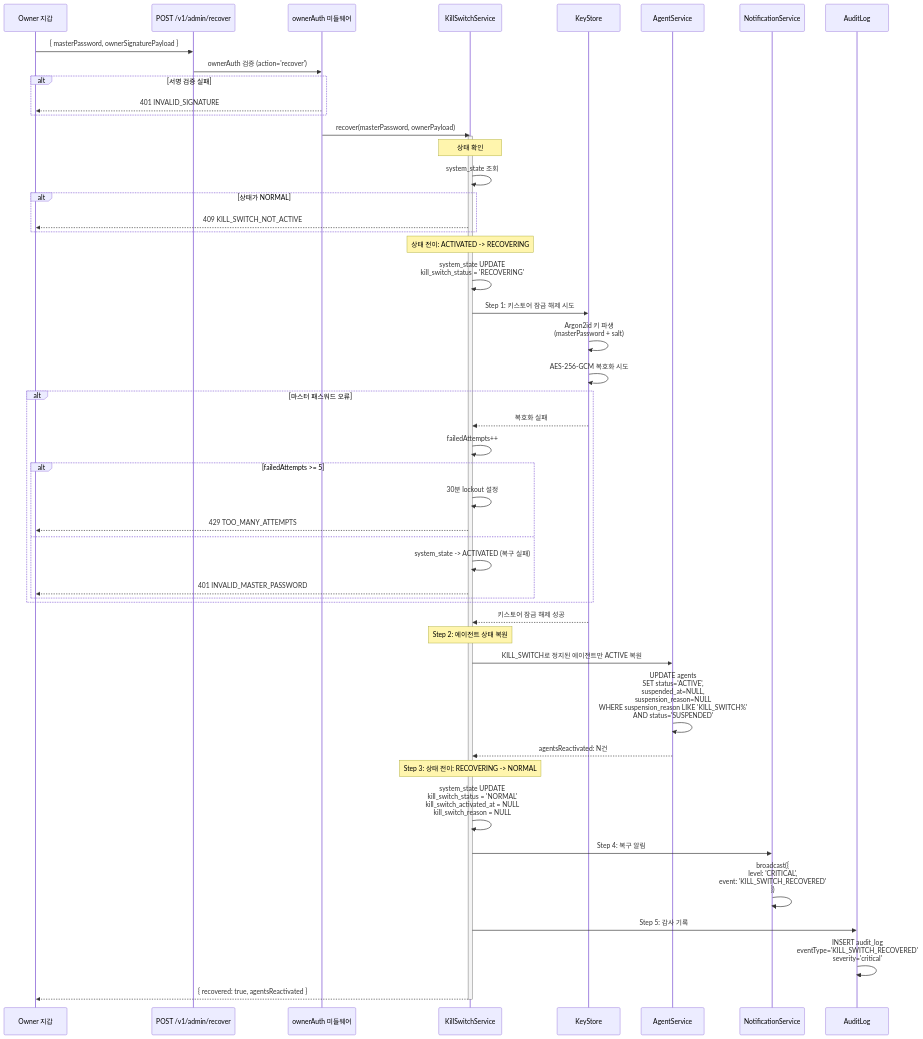
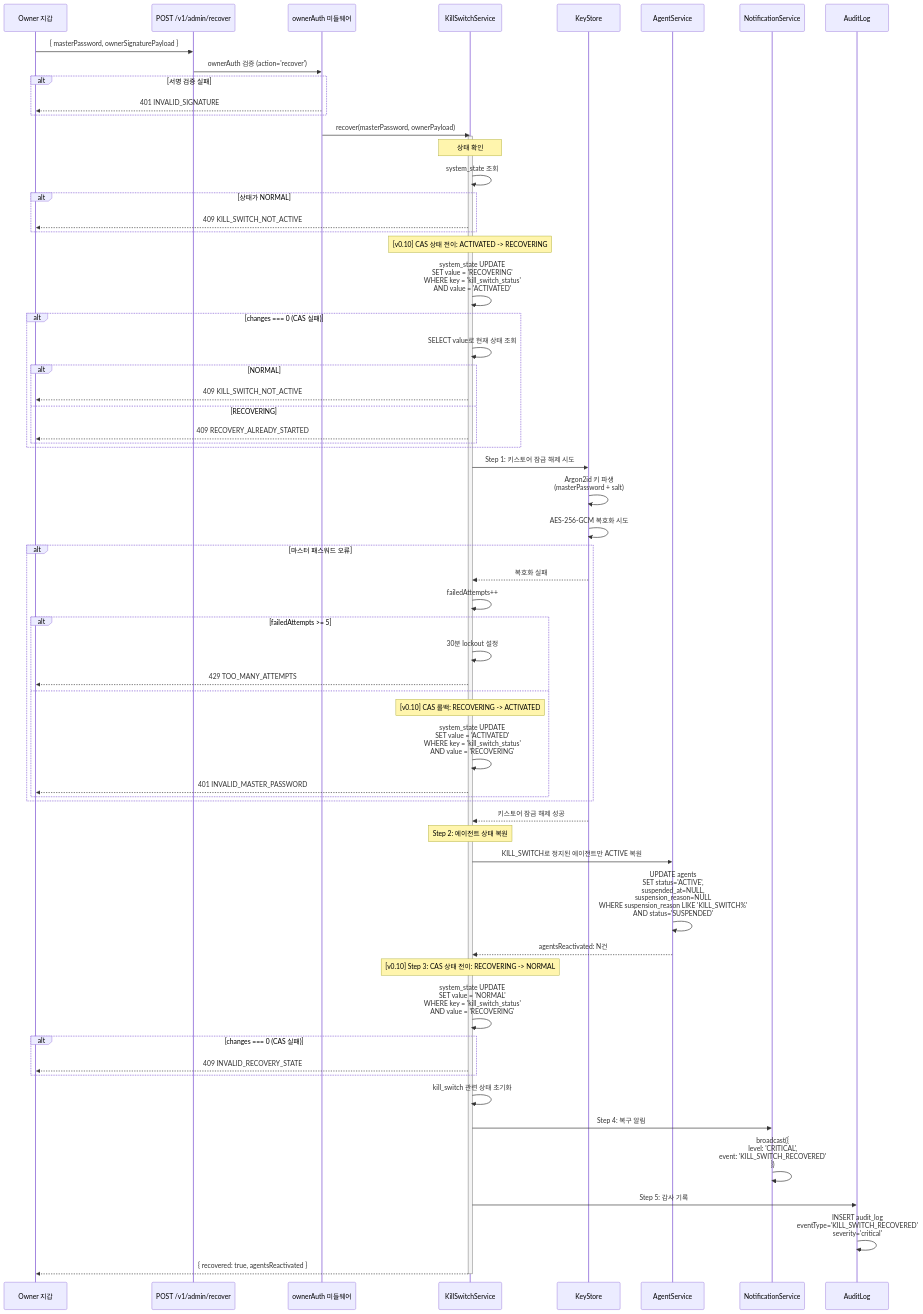
One commit to minhoyoo-iotrust/WAIaaS changed the third of 4 diagrams in .planning/deliverables/36-killswitch-autostop-evm.md. Above: the diagram before and after it, drawn with Mermaid. The commit also changed other lines of this file and 12 other files, not shown here.

````diff
--- a/.planning/deliverables/36-killswitch-autostop-evm.md
+++ b/.planning/deliverables/36-killswitch-autostop-evm.md
@@ -511,65 +581,78 @@
 ```mermaid
 sequenceDiagram
     participant Owner as Owner 지갑
     participant API as POST /v1/admin/recover
     participant Auth as ownerAuth 미들웨어
     participant KS as KillSwitchService
     participant Key as KeyStore
     participant Agent as AgentService
     participant Noti as NotificationService
     participant Audit as AuditLog
 
     Owner->>API: { masterPassword, ownerSignaturePayload }
     API->>Auth: ownerAuth 검증 (action='recover')
 
     alt 서명 검증 실패
         Auth-->>Owner: 401 INVALID_SIGNATURE
     end
 
     Auth->>KS: recover(masterPassword, ownerPayload)
     activate KS
 
     Note over KS: 상태 확인
     KS->>KS: system_state 조회
     alt 상태가 NORMAL
         KS-->>Owner: 409 KILL_SWITCH_NOT_ACTIVE
     end
 
-    Note over KS: 상태 전이: ACTIVATED -> RECOVERING
-    KS->>KS: system_state UPDATE<br/>kill_switch_status = 'RECOVERING'
+    Note over KS: [v0.10] CAS 상태 전이: ACTIVATED -> RECOVERING
+    KS->>KS: system_state UPDATE<br/>SET value = 'RECOVERING'<br/>WHERE key = 'kill_switch_status'<br/>AND value = 'ACTIVATED'
+    alt changes === 0 (CAS 실패)
+        KS->>KS: SELECT value로 현재 상태 조회
+        alt NORMAL
+            KS-->>Owner: 409 KILL_SWITCH_NOT_ACTIVE
+        else RECOVERING
+            KS-->>Owner: 409 RECOVERY_ALREADY_STARTED
+        end
+    end
 
     KS->>Key: Step 1: 키스토어 잠금 해제 시도
     Key->>Key: Argon2id 키 파생<br/>(masterPassword + salt)
     Key->>Key: AES-256-GCM 복호화 시도
 
     alt 마스터 패스워드 오류
         Key-->>KS: 복호화 실패
         KS->>KS: failedAttempts++
         alt failedAttempts >= 5
             KS->>KS: 30분 lockout 설정
             KS-->>Owner: 429 TOO_MANY_ATTEMPTS
         else
-            KS->>KS: system_state -> ACTIVATED (복구 실패)
+            Note over KS: [v0.10] CAS 롤백: RECOVERING -> ACTIVATED
+            KS->>KS: system_state UPDATE<br/>SET value = 'ACTIVATED'<br/>WHERE key = 'kill_switch_status'<br/>AND value = 'RECOVERING'
             KS-->>Owner: 401 INVALID_MASTER_PASSWORD
         end
     end
 
     Key-->>KS: 키스토어 잠금 해제 성공
 
     Note over KS: Step 2: 에이전트 상태 복원
     KS->>Agent: KILL_SWITCH로 정지된 에이전트만 ACTIVE 복원
     Agent->>Agent: UPDATE agents<br/>SET status='ACTIVE',<br/>suspended_at=NULL,<br/>suspension_reason=NULL<br/>WHERE suspension_reason LIKE 'KILL_SWITCH%'<br/>AND status='SUSPENDED'
     Agent-->>KS: agentsReactivated: N건
 
-    Note over KS: Step 3: 상태 전이: RECOVERING -> NORMAL
-    KS->>KS: system_state UPDATE<br/>kill_switch_status = 'NORMAL'<br/>kill_switch_activated_at = NULL<br/>kill_switch_reason = NULL
+    Note over KS: [v0.10] Step 3: CAS 상태 전이: RECOVERING -> NORMAL
+    KS->>KS: system_state UPDATE<br/>SET value = 'NORMAL'<br/>WHERE key = 'kill_switch_status'<br/>AND value = 'RECOVERING'
+    alt changes === 0 (CAS 실패)
+        KS-->>Owner: 409 INVALID_RECOVERY_STATE
+    end
+    KS->>KS: kill_switch 관련 상태 초기화
 
     KS->>Noti: Step 4: 복구 알림
     Noti->>Noti: broadcast({<br/>  level: 'CRITICAL',<br/>  event: 'KILL_SWITCH_RECOVERED'<br/>})
 
     KS->>Audit: Step 5: 감사 기록
     Audit->>Audit: INSERT audit_log<br/>eventType='KILL_SWITCH_RECOVERED'<br/>severity='critical'
 
     KS-->>Owner: { recovered: true, agentsReactivated }
     deactivate KS
 ```
````
